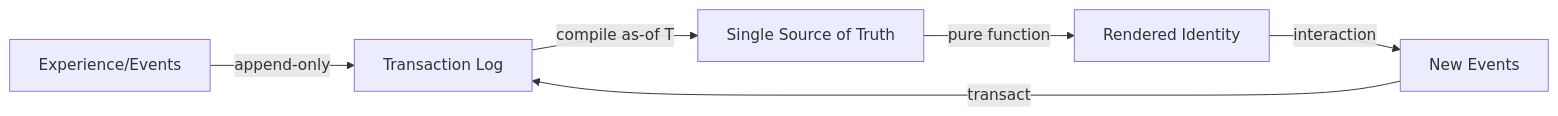
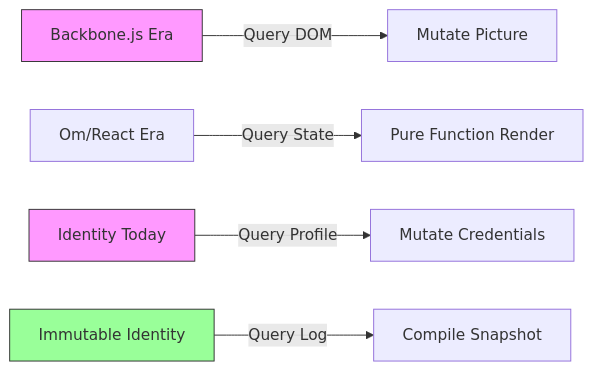
Before and after one commit to Synthetic-Identity-Co/conj-talk-2025: the first of 6 diagrams in conj-essay.md, drawn with Mermaid. The commit also changed other lines of this file, not shown here.

````diff
--- a/conj-essay.md
+++ b/conj-essay.md
@@ -48,8 +23,11 @@
 ```mermaid
 graph LR
-    A[Experience/Events] -->|append-only| B[Transaction Log]
-    B -->|compile as-of T| C[Single Source of Truth]
-    C -->|pure function| D[Rendered Identity]
-    D -->|interaction| E[New Events]
-    E -->|transact| B
+    A[Backbone.js Era] -->|Query DOM| B[Mutate Picture]
+    C[Om/React Era] -->|Query State| D[Pure Function Render]
+    E[Identity Today] -->|Query Profile| F[Mutate Credentials]
+    G[Immutable Identity] -->|Query Log| H[Compile Snapshot]
+    
+    style A fill:#f9f,stroke:#333
+    style E fill:#f9f,stroke:#333
+    style G fill:#9f9,stroke:#333
 ```
````
